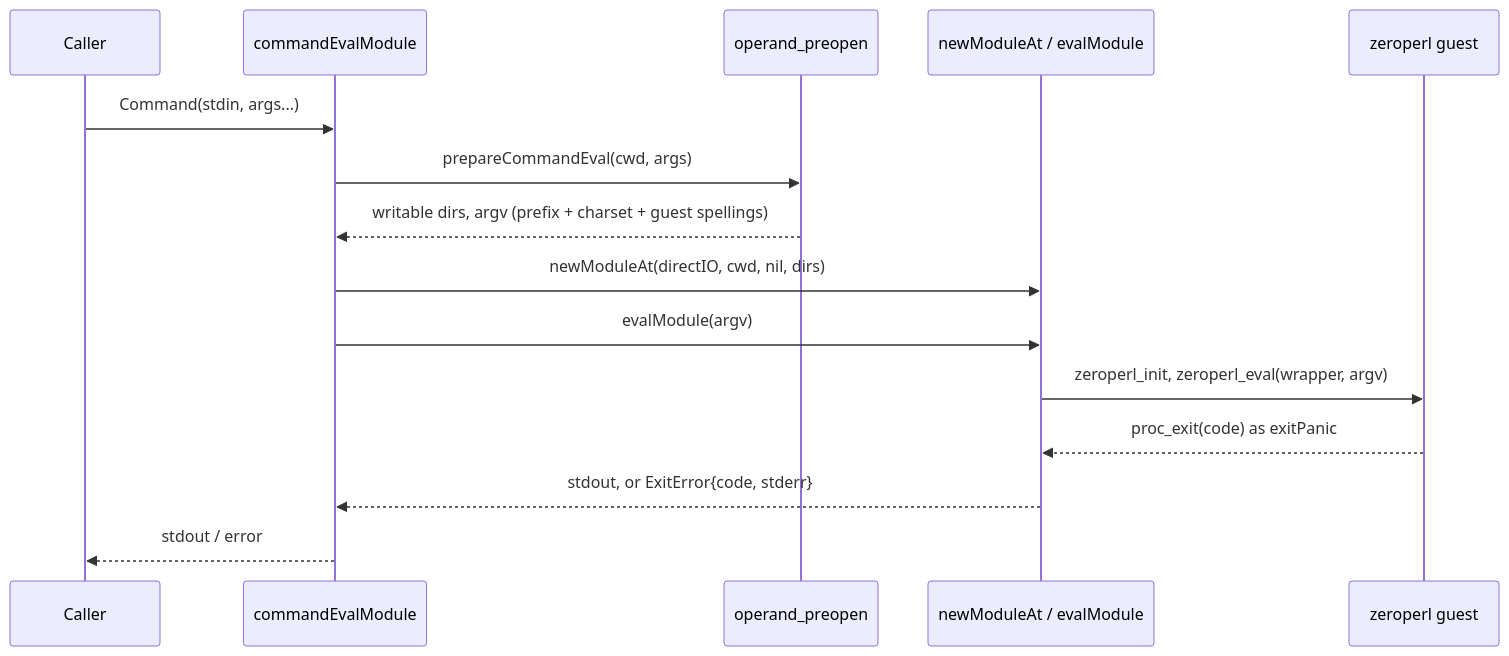
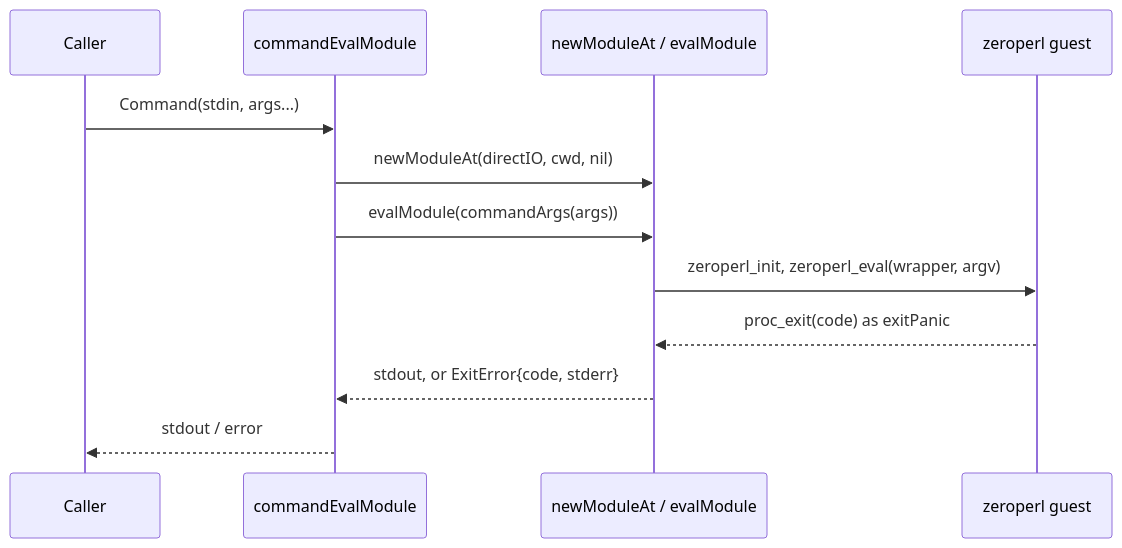
One commit to lbe/go-exiftool-wasm changed the fourth of 6 diagrams in ARCHITECTURE.md. Above: the diagram before and after it, drawn with Mermaid. The commit also changed other lines of this file and 29 other files, not shown here.

````diff
--- a/ARCHITECTURE.md
+++ b/ARCHITECTURE.md
@@ -187,17 +175,14 @@
 ```mermaid
 sequenceDiagram
   participant C as Caller
   participant Cmd as commandEvalModule
-  participant Ops as operand_preopen
   participant M as newModuleAt / evalModule
   participant G as zeroperl guest
   C->>Cmd: Command(stdin, args...)
-  Cmd->>Ops: prepareCommandEval(cwd, args)
-  Ops-->>Cmd: writable dirs, argv (prefix + charset + guest spellings)
-  Cmd->>M: newModuleAt(directIO, cwd, nil, dirs)
-  Cmd->>M: evalModule(argv)
+  Cmd->>M: newModuleAt(directIO, cwd, nil)
+  Cmd->>M: evalModule(commandArgs(args))
   M->>G: zeroperl_init, zeroperl_eval(wrapper, argv)
   G-->>M: proc_exit(code) as exitPanic
   M-->>Cmd: stdout, or ExitError{code, stderr}
   Cmd-->>C: stdout / error
 ```
````
